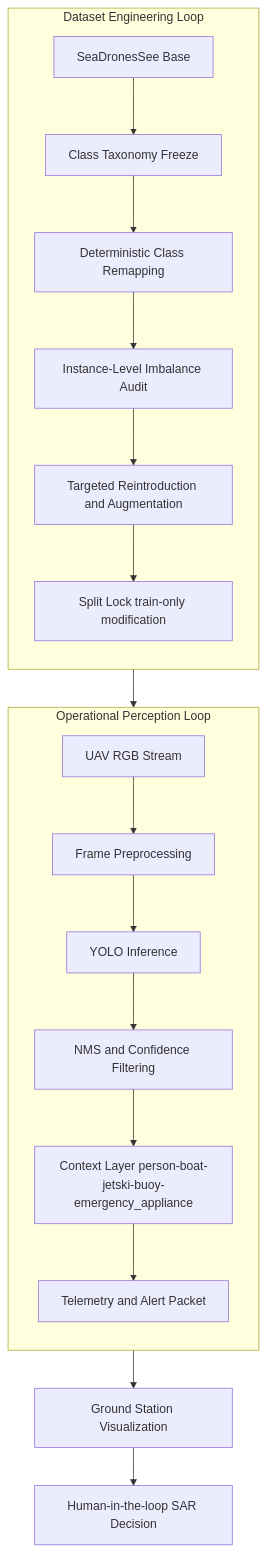
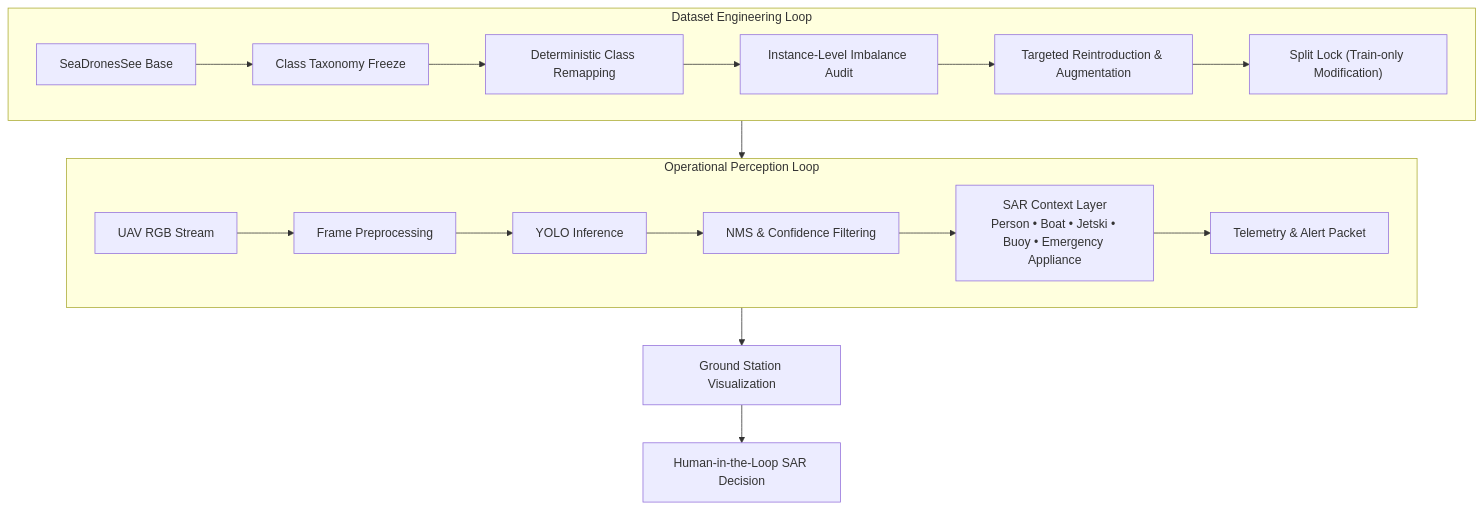
The first of 2 diagrams in README.md (InvictusRex/SentinelBlue), drawn with Mermaid before and after one commit. The commit also changed other lines of this file, not shown here.

````diff
--- a/README.md
+++ b/README.md
@@ -11,24 +30,30 @@
 ```mermaid
-flowchart TD
-    subgraph S1[Operational Perception Loop]
-        direction TB
-        A1[UAV RGB Stream] --> A2[Frame Preprocessing]
-        A2 --> A3[YOLO Inference]
-        A3 --> A4[NMS and Confidence Filtering]
-        A4 --> A5[Context Layer person-boat-jetski-buoy-emergency_appliance]
-        A5 --> A6[Telemetry and Alert Packet]
-    end
+flowchart TB
 
-    subgraph S2[Dataset Engineering Loop]
-        direction TB
-        B1[SeaDronesSee Base] --> B2[Class Taxonomy Freeze]
-        B2 --> B3[Deterministic Class Remapping]
-        B3 --> B4[Instance-Level Imbalance Audit]
-        B4 --> B5[Targeted Reintroduction and Augmentation]
-        B5 --> B6[Split Lock train-only modification]
-    end
+%% ================= DATASET ENGINEERING =================
+subgraph S2["Dataset Engineering Loop"]
+direction LR
+B1["SeaDronesSee Base"]
+--> B2["Class Taxonomy Freeze"]
+--> B3["Deterministic Class Remapping"]
+--> B4["Instance-Level Imbalance Audit"]
+--> B5["Targeted Reintroduction & Augmentation"]
+--> B6["Split Lock (Train-only Modification)"]
+end
 
-    A6 --> C1[Ground Station Visualization]
-    C1 --> C2[Human-in-the-loop SAR Decision]
-    B6 --> A3
+%% ================= PERCEPTION =================
+subgraph S1["Operational Perception Loop"]
+direction LR
+A1["UAV RGB Stream"]
+--> A2["Frame Preprocessing"]
+--> A3["YOLO Inference"]
+--> A4["NMS & Confidence Filtering"]
+--> A5["SAR Context Layer<br/>Person • Boat • Jetski • Buoy • Emergency Appliance"]
+--> A6["Telemetry & Alert Packet"]
+end
+
+B6 --> A3
+
+A6 --> C1["Ground Station Visualization"]
+C1 --> C2["Human-in-the-Loop SAR Decision"]
 ```
````
